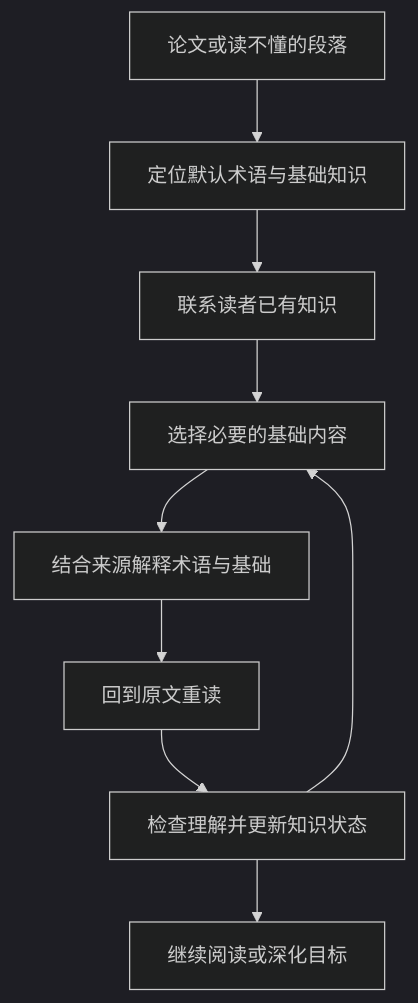
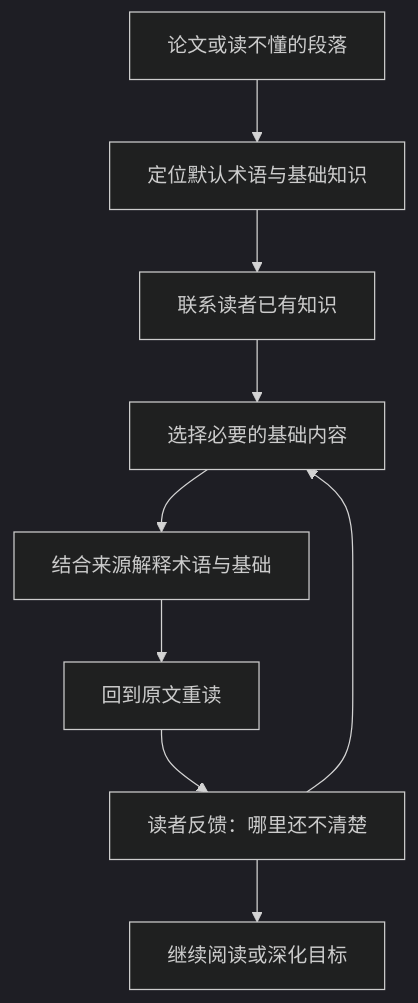
The diagram in README.zh-CN.md (relativity143/an-agent-for-paper-reading), drawn with Mermaid (dark theme) before and after one commit. The commit also changed other lines of this file and 1 other file, not shown here.

````diff
--- a/README.zh-CN.md
+++ b/README.zh-CN.md
@@ -52,11 +64,11 @@
 ```mermaid
 flowchart TD
     A[论文或读不懂的段落] --> B[定位默认术语与基础知识]
     B --> C[联系读者已有知识]
     C --> D[选择必要的基础内容]
     D --> E[结合来源解释术语与基础]
     E --> F[回到原文重读]
-    F --> G[检查理解并更新知识状态]
+    F --> G[读者反馈：哪里还不清楚]
     G --> D
     G --> H[继续阅读或深化目标]
 ```
````
